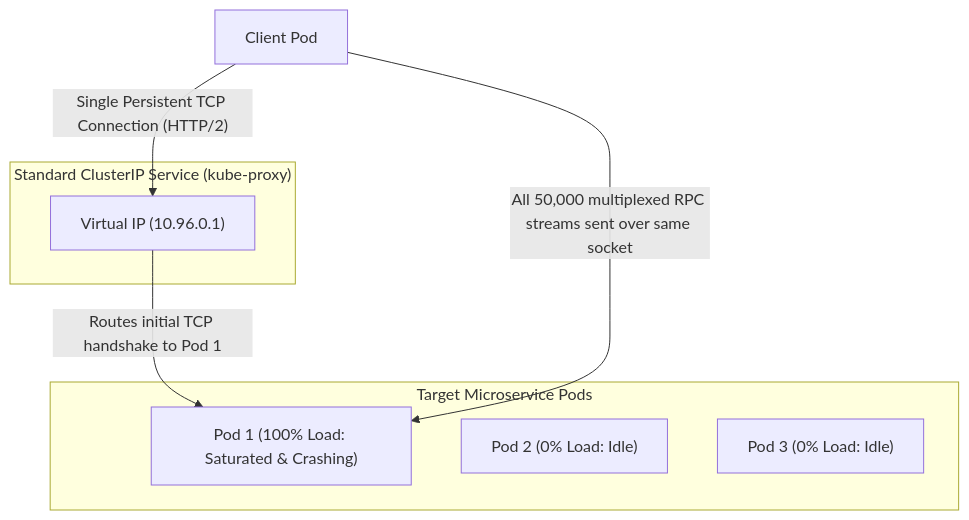
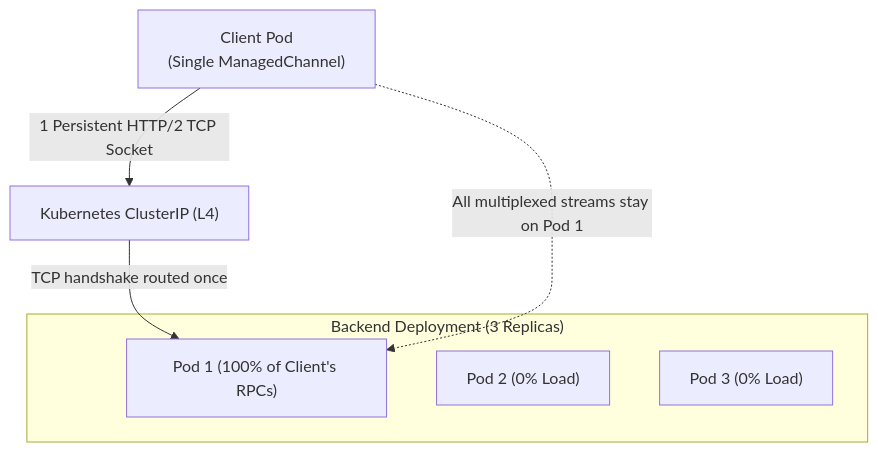
One commit to ravishankar2463/java_hub changed the fourth of 4 diagrams in content/roadmap/level-9/high-performance-grpc-in-java.md. Above: the diagram before and after it, drawn with Mermaid. The commit also changed other lines of this file and 119 other files, not shown here.

Commit message:
feat: add comprehensive java learning roadmap content across multiple levels

````diff
--- a/content/roadmap/level-9/high-performance-grpc-in-java.md
+++ b/content/roadmap/level-9/high-performance-grpc-in-java.md
@@ -397,18 +592,13 @@
 ```mermaid
 flowchart TD
-    Client["Client Pod"]
-    
-    subgraph K8sService["Standard ClusterIP Service (kube-proxy)"]
-        VIP["Virtual IP (10.96.0.1)"]
+    Client["Client Pod<br/>(Single ManagedChannel)"] -->|"1 Persistent HTTP/2 TCP Socket"| VIP["Kubernetes ClusterIP (L4)"]
+
+    subgraph Backend["Backend Deployment (3 Replicas)"]
+        Pod1["Pod 1 (100% of Client's RPCs)"]
+        Pod2["Pod 2 (0% Load)"]
+        Pod3["Pod 3 (0% Load)"]
     end
 
-    subgraph BackendPods["Target Microservice Pods"]
-        Pod1["Pod 1 (100% Load: Saturated & Crashing)"]
-        Pod2["Pod 2 (0% Load: Idle)"]
-        Pod3["Pod 3 (0% Load: Idle)"]
-    end
-
-    Client -->|"Single Persistent TCP Connection (HTTP/2)"| VIP
-    VIP -->|"Routes initial TCP handshake to Pod 1"| Pod1
-    Client -->|"All 50,000 multiplexed RPC streams sent over same socket"| Pod1
+    VIP -->|"TCP handshake routed once"| Pod1
+    Client -.->|"All multiplexed streams stay on Pod 1"| Pod1
 ```
````
